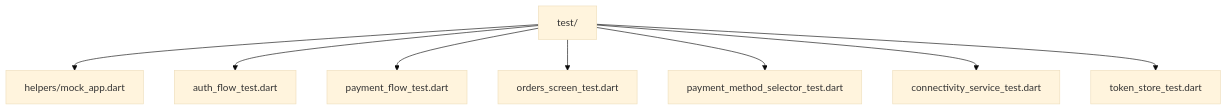
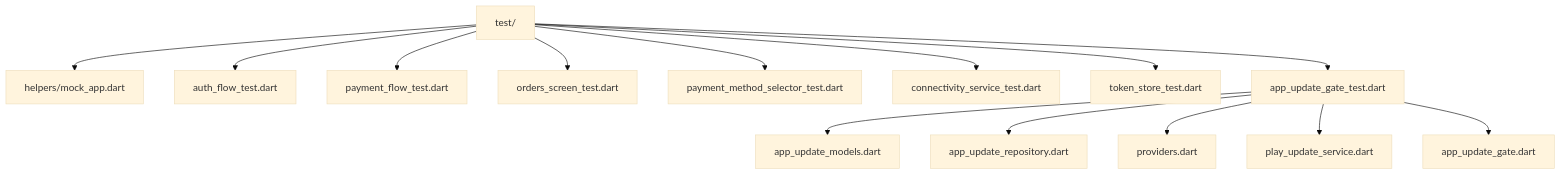
Before and after one commit to Advanstech/Lidapay-shop: the first of 9 diagrams in .qoder/repowiki/en/content/Testing Strategy/Testing Strategy.md, drawn with Mermaid (base theme). The commit also changed other lines of this file and 174 other files, not shown here.

````diff
--- a/.qoder/repowiki/en/content/Testing Strategy/Testing Strategy.md
+++ b/.qoder/repowiki/en/content/Testing Strategy/Testing Strategy.md
@@ -42,10 +58,16 @@
 ```mermaid
 graph TB
 TestRoot["test/"] --> Helpers["helpers/mock_app.dart"]
 TestRoot --> AuthFlow["auth_flow_test.dart"]
 TestRoot --> PaymentFlow["payment_flow_test.dart"]
 TestRoot --> OrdersScreen["orders_screen_test.dart"]
 TestRoot --> PaymentMethodSelector["payment_method_selector_test.dart"]
 TestRoot --> ConnectivityTest["connectivity_service_test.dart"]
 TestRoot --> TokenStoreTest["token_store_test.dart"]
+TestRoot --> AppUpdateGate["app_update_gate_test.dart"]
+AppUpdateGate --> Models["app_update_models.dart"]
+AppUpdateGate --> Repository["app_update_repository.dart"]
+AppUpdateGate --> Providers["providers.dart"]
+AppUpdateGate --> PlayService["play_update_service.dart"]
+AppUpdateGate --> GateWidget["app_update_gate.dart"]
 ```
````
